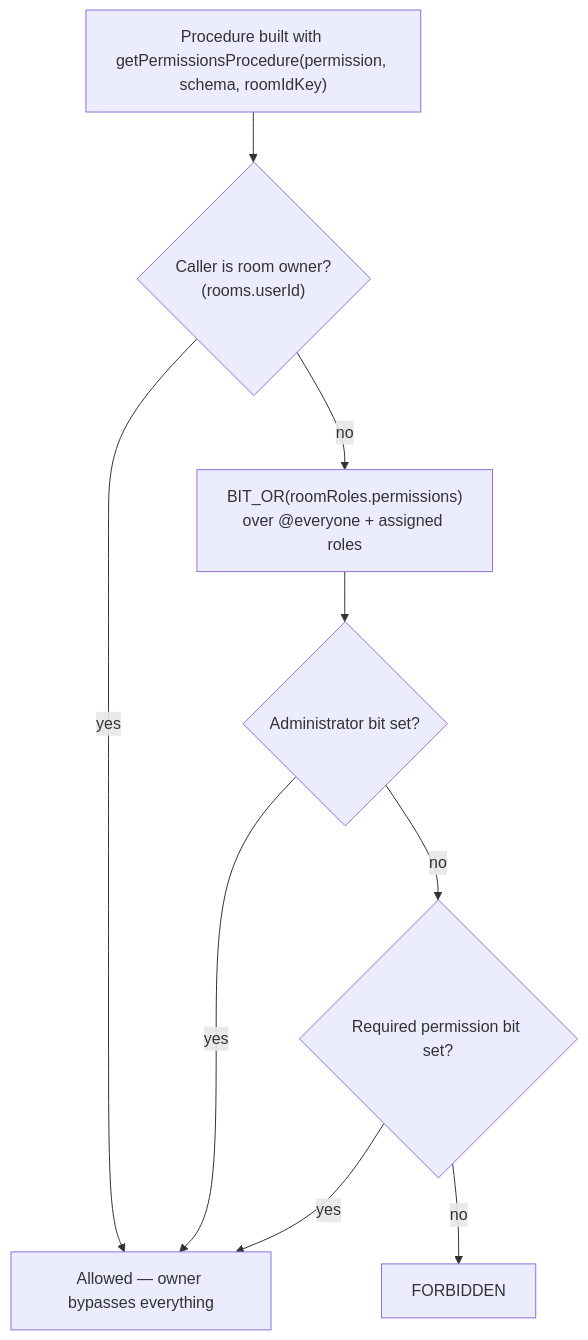
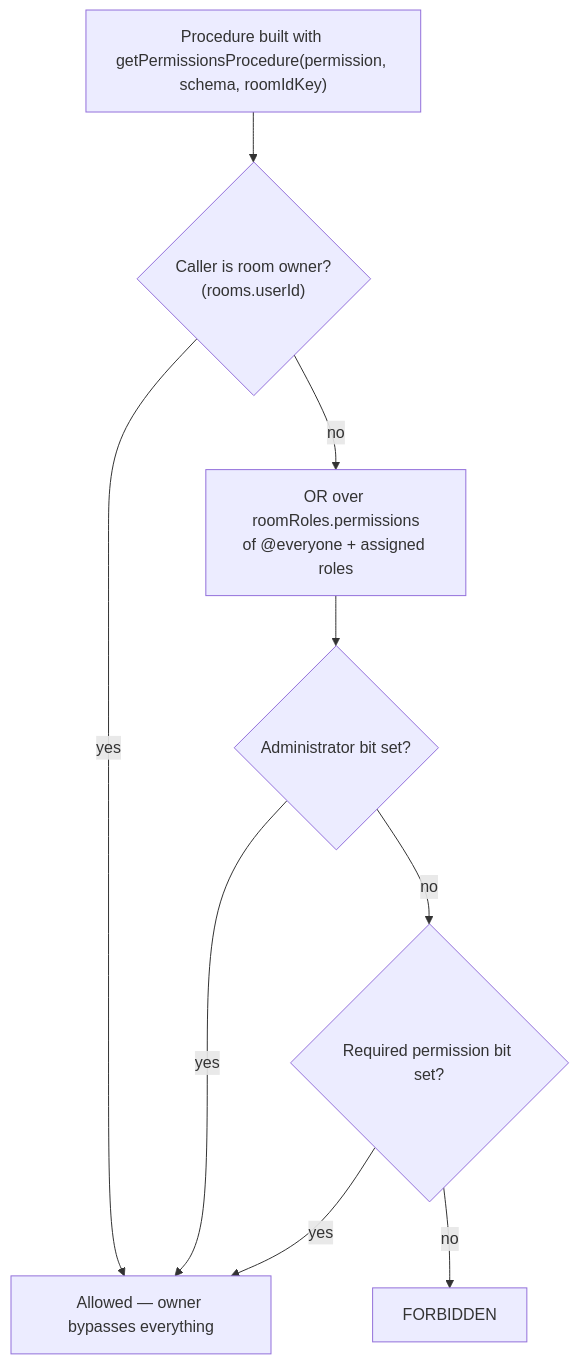
One commit to Esposter/Esposter changed the diagram in apps/web/content/docs/esbabbler/rbac.md. Above: the diagram before and after it, drawn with Mermaid. The commit also changed other lines of this file and 42 other files, not shown here.

````diff
--- a/apps/web/content/docs/esbabbler/rbac.md
+++ b/apps/web/content/docs/esbabbler/rbac.md
@@ -14,11 +14,11 @@
 ```mermaid
 flowchart TD
     P["Procedure built with getPermissionsProcedure(permission, schema, roomIdKey)"] --> O{"Caller is room owner?<br/>(rooms.userId)"}
     O -->|yes| Allow[Allowed — owner bypasses everything]
-    O -->|no| Q["BIT_OR(roomRoles.permissions)<br/>over @everyone + assigned roles"]
+    O -->|no| Q["OR over roomRoles.permissions<br/>of @everyone + assigned roles"]
     Q --> A{"Administrator bit set?"}
     A -->|yes| Allow
     A -->|no| B{"Required permission bit set?"}
     B -->|yes| Allow
     B -->|no| Deny[FORBIDDEN]
 ```
````
